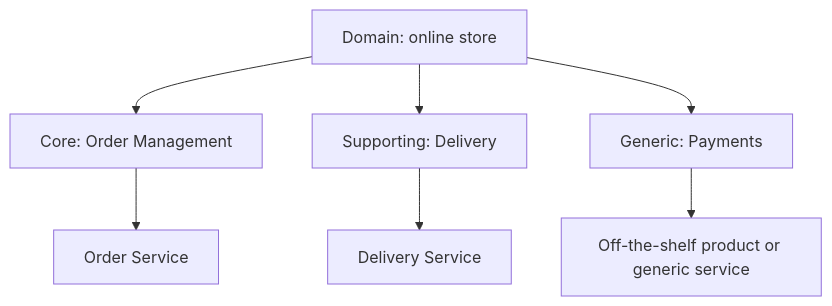
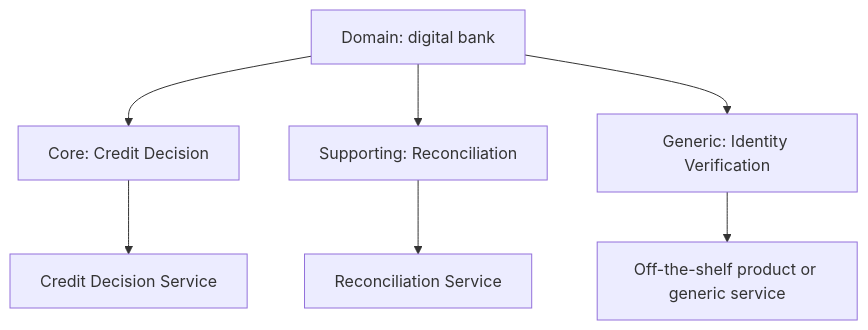
Before and after one commit to alancesar/design-patterns: the diagram in i18n/en/docusaurus-plugin-content-docs/current/architecture/microservices/service-boundaries/decompose-by-subdomain.md, drawn with Mermaid. The commit also changed other lines of this file and 27 other files, not shown here.

Commit message:
Switch microservices concrete diagrams to fintech scenarios

````diff
--- a/i18n/en/docusaurus-plugin-content-docs/current/architecture/microservices/service-boundaries/decompose-by-subdomain.md
+++ b/i18n/en/docusaurus-plugin-content-docs/current/architecture/microservices/service-boundaries/decompose-by-subdomain.md
@@ -50,9 +50,9 @@
 ```mermaid
 flowchart TB
-    D["Domain: online store"] --> CORE["Core: Order Management"]
-    D --> SUP["Supporting: Delivery"]
-    D --> GEN["Generic: Payments"]
-    CORE --> S1["Order Service"]
-    SUP --> S2["Delivery Service"]
+    D["Domain: digital bank"] --> CORE["Core: Credit Decision"]
+    D --> SUP["Supporting: Reconciliation"]
+    D --> GEN["Generic: Identity Verification"]
+    CORE --> S1["Credit Decision Service"]
+    SUP --> S2["Reconciliation Service"]
     GEN --> S3["Off-the-shelf product or generic service"]
 ```
````
